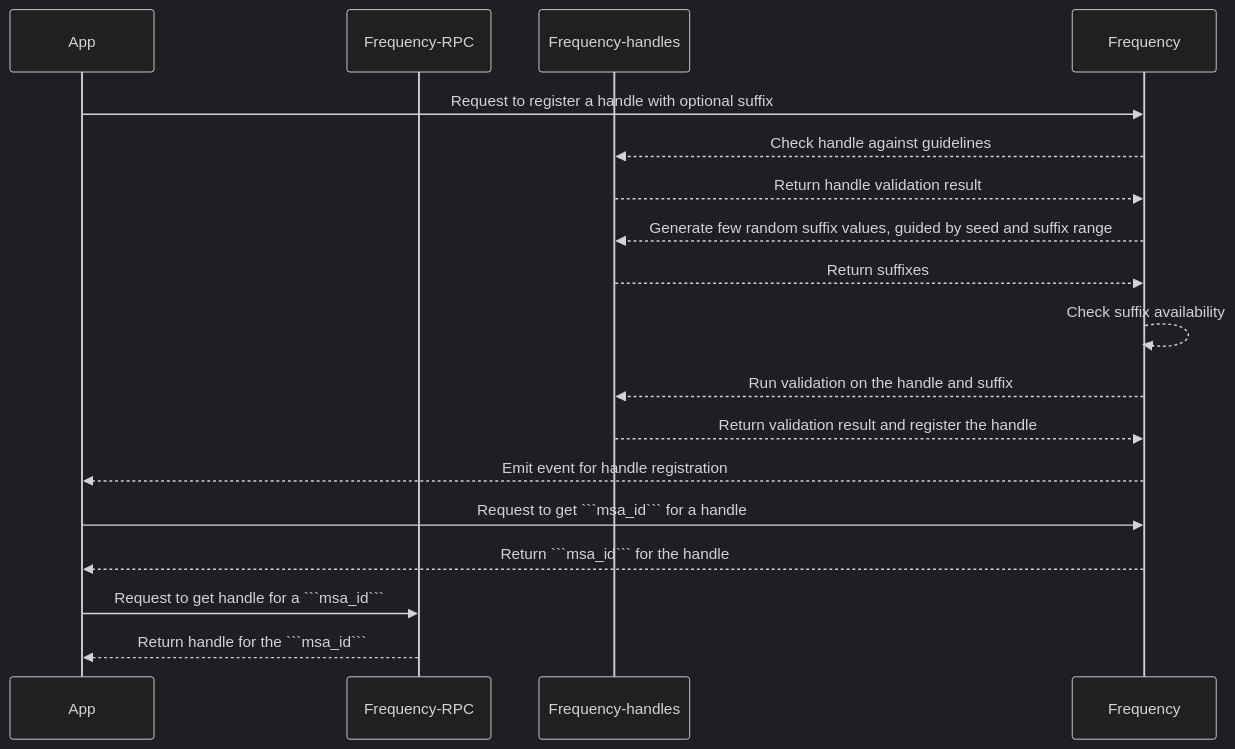
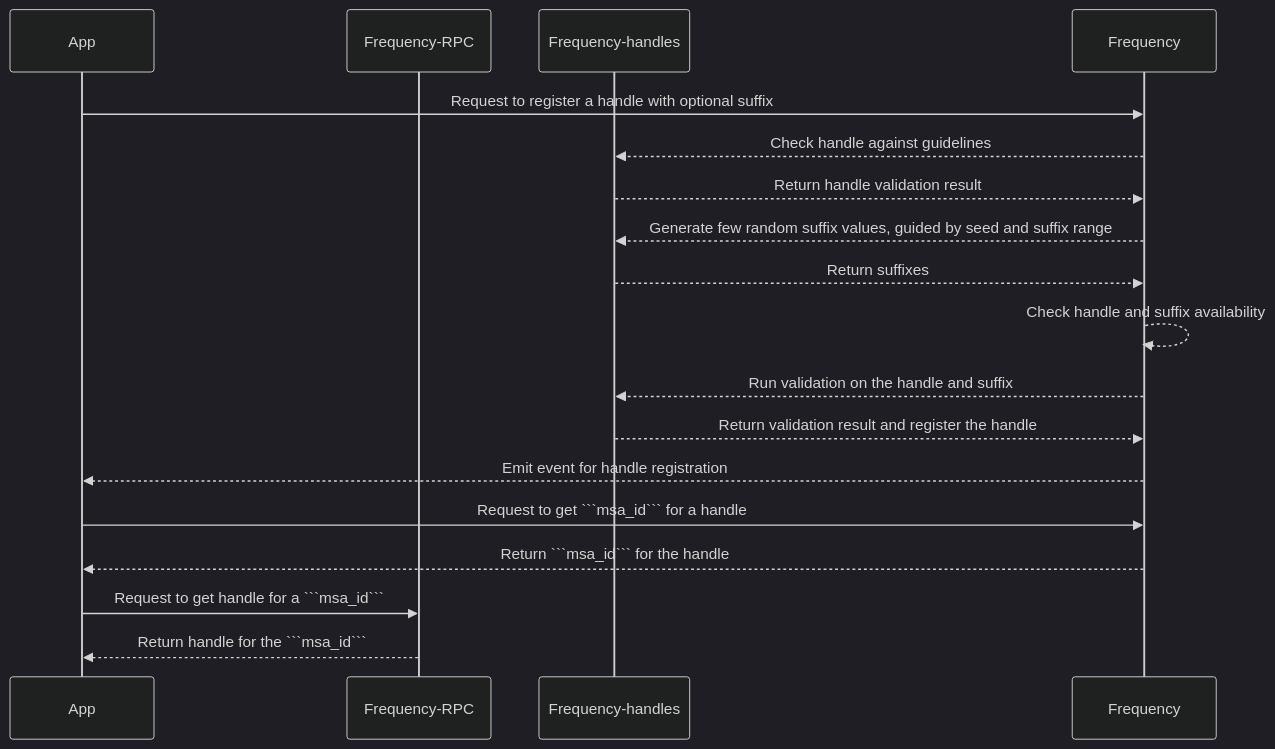
The second of 2 diagrams in designdocs/user-handles.md (frequency-chain/frequency), drawn with Mermaid (dark theme) before and after one commit.

````diff
--- a/designdocs/user-handles.md
+++ b/designdocs/user-handles.md
@@ -294,20 +294,20 @@
 ```mermaid
 sequenceDiagram
     participant App
     participant Frequency-RPC
     participant Frequency-handles
     participant Frequency
     App->>Frequency: Request to register a handle with optional suffix
     Frequency-->>Frequency-handles: Check handle against guidelines
     Frequency-handles-->>Frequency: Return handle validation result
     Frequency-->>Frequency-handles: Generate few random suffix values, guided by seed and suffix range
     Frequency-handles-->>Frequency: Return suffixes
-    Frequency-->>Frequency: Check suffix availability
+    Frequency-->>Frequency: Check handle and suffix availability
     Frequency-->>Frequency-handles: Run validation on the handle and suffix
     Frequency-handles-->>Frequency: Return validation result and register the handle
     Frequency-->>App: Emit event for handle registration
     App->>Frequency: Request to get ```msa_id``` for a handle
     Frequency -->> App: Return ```msa_id``` for the handle
     App->>Frequency-RPC: Request to get handle for a ```msa_id```
     Frequency-RPC -->> App: Return handle for the ```msa_id```
 ```
````
